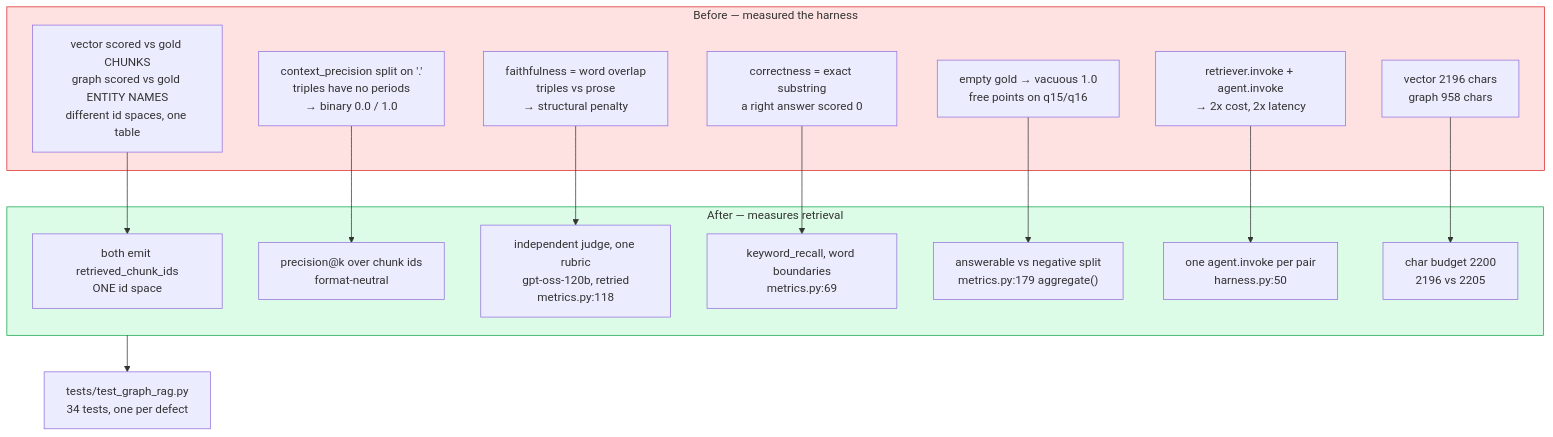
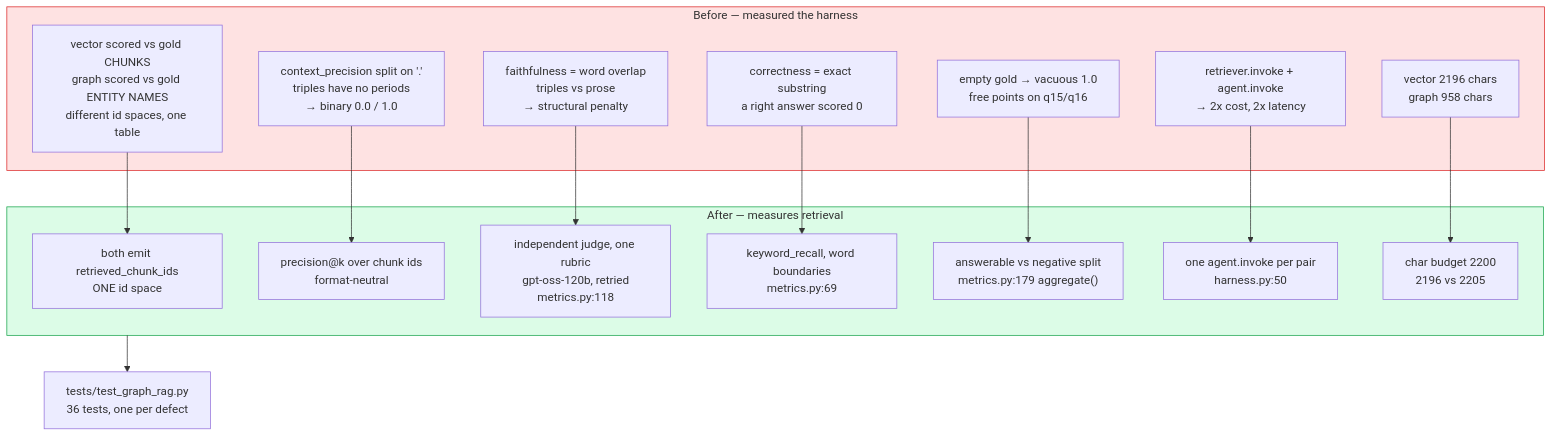
Before and after one commit to manishwvn/graph_rag: the ninth of 9 diagrams in LEARNINGS.md, drawn with Mermaid. The commit also changed other lines of this file and 8 other files, not shown here.

First line of the commit message:
feat: cache judge verdicts, pace the graph build, resolve entity stubs

````diff
--- a/LEARNINGS.md
+++ b/LEARNINGS.md
@@ -459,31 +459,31 @@
 ```mermaid
 graph TD
   subgraph BEFORE["Before — measured the harness"]
     B1["vector scored vs gold CHUNKS<br/>graph scored vs gold ENTITY NAMES<br/>different id spaces, one table"]
     B2["context_precision split on '.'<br/>triples have no periods<br/>→ binary 0.0 / 1.0"]
     B3["faithfulness = word overlap<br/>triples vs prose<br/>→ structural penalty"]
     B4["correctness = exact substring<br/>a right answer scored 0"]
     B5["empty gold → vacuous 1.0<br/>free points on q15/q16"]
     B6["retriever.invoke + agent.invoke<br/>→ 2x cost, 2x latency"]
     B7["vector 2196 chars<br/>graph 958 chars"]
   end
   subgraph AFTER["After — measures retrieval"]
     A1["both emit retrieved_chunk_ids<br/>ONE id space"]
     A2["precision@k over chunk ids<br/>format-neutral"]
     A3["independent judge, one rubric<br/>gpt-oss-120b, retried<br/>metrics.py:118"]
     A4["keyword_recall, word boundaries<br/>metrics.py:69"]
     A5["answerable vs negative split<br/>metrics.py:179 aggregate()"]
     A6["one agent.invoke per pair<br/>harness.py:50"]
     A7["char budget 2200<br/>2196 vs 2205"]
   end
   B1 --> A1
   B2 --> A2
   B3 --> A3
   B4 --> A4
   B5 --> A5
   B6 --> A6
   B7 --> A7
-  AFTER --> T["tests/test_graph_rag.py<br/>34 tests, one per defect"]
+  AFTER --> T["tests/test_graph_rag.py<br/>36 tests, one per defect"]
   style AFTER fill:#DCFCE7,stroke:#16A34A
   style BEFORE fill:#FEE2E2,stroke:#DC2626
 ```
````
